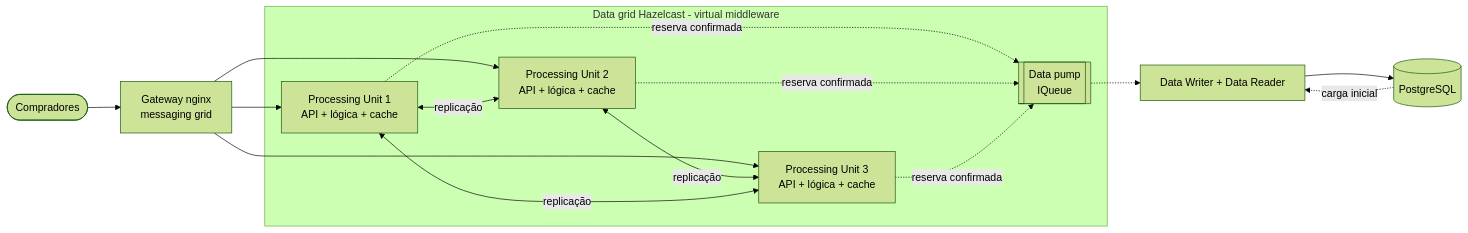
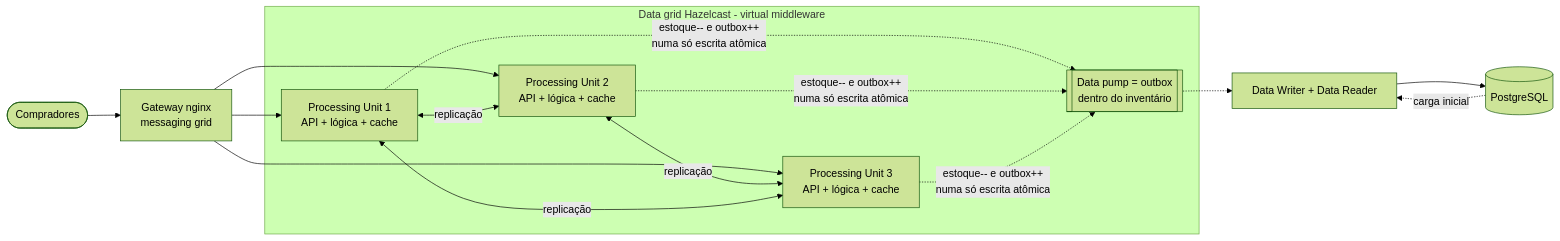
Before and after one commit to diovanibmotta/software-architecture-styles-lab: the diagram in space-based-architecture/README.md, drawn with Mermaid (forest theme). The commit also changed 16 other files, not shown here.

````diff
--- a/space-based-architecture/README.md
+++ b/space-based-architecture/README.md
@@ -21,18 +21,18 @@
 ```mermaid
 flowchart LR
     U([Compradores]) --> G[Gateway nginx<br/>messaging grid]
     G --> PU1 & PU2 & PU3
     subgraph GRID [Data grid Hazelcast - virtual middleware]
         PU1[Processing Unit 1<br/>API + lógica + cache]
         PU2[Processing Unit 2<br/>API + lógica + cache]
         PU3[Processing Unit 3<br/>API + lógica + cache]
         PU1 <-->|replicação| PU2
         PU2 <-->|replicação| PU3
         PU1 <-->|replicação| PU3
-        Q[[Data pump<br/>IQueue]]
+        Q[[Data pump = outbox<br/>dentro do inventário]]
     end
-    PU1 & PU2 & PU3 -.->|reserva confirmada| Q
+    PU1 & PU2 & PU3 -.->|estoque-- e outbox++<br/>numa só escrita atômica| Q
     Q -.-> W[Data Writer + Data Reader]
     W --> DB[(PostgreSQL)]
     DB -.->|carga inicial| W
 ```
````
